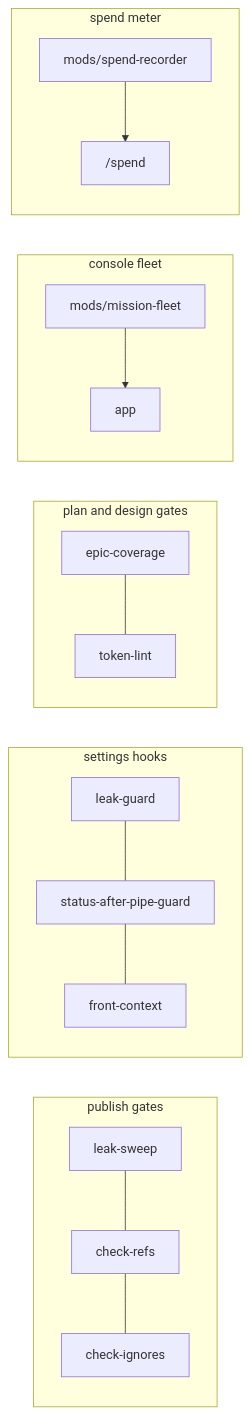
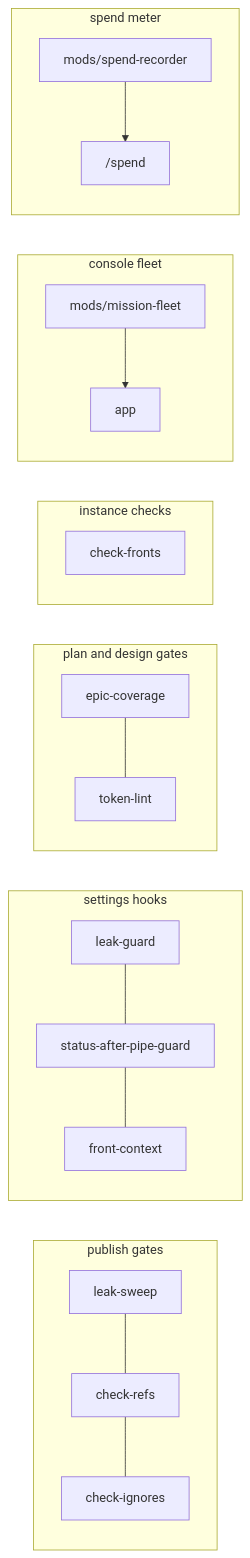
The diagram in tools/README.md (sultanassi95/mission-control), drawn with Mermaid before and after one commit. The commit also changed other lines of this file and 16 other files, not shown here.

````diff
--- a/tools/README.md
+++ b/tools/README.md
@@ -6,18 +6,21 @@
 ```mermaid
 flowchart LR
   subgraph PUB[publish gates]
     LS[leak-sweep] --- CR[check-refs] --- CI[check-ignores]
   end
   subgraph HK[settings hooks]
     LG[leak-guard] --- SP[status-after-pipe-guard] --- FC[front-context]
   end
   subgraph PLAN[plan and design gates]
     EC[epic-coverage] --- TL[token-lint]
   end
+  subgraph INST[instance checks]
+    CF[check-fronts]
+  end
   subgraph FLEET[console fleet]
     MF[mods/mission-fleet] --> APP[app]
   end
   subgraph METER[spend meter]
     SR[mods/spend-recorder] --> SPEND["/spend"]
   end
 ```
````
